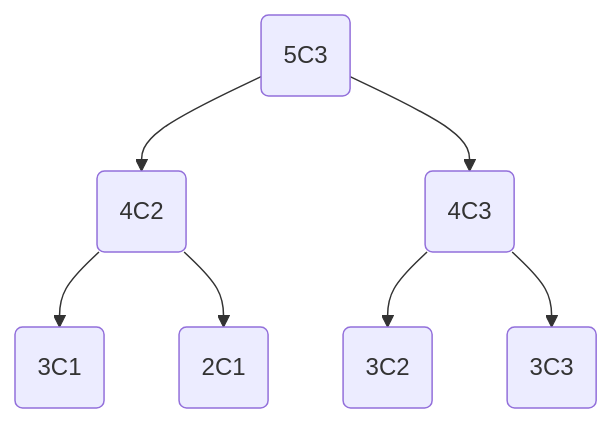
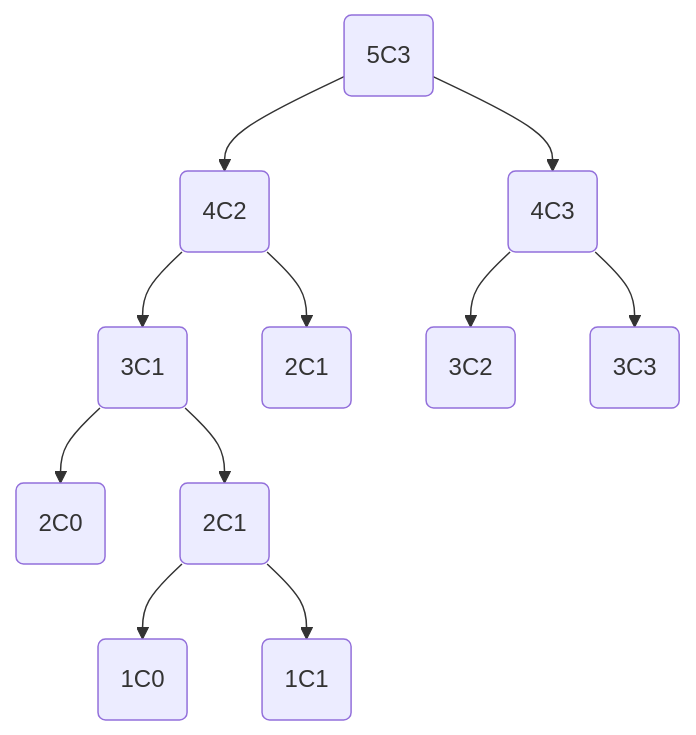
The second of 2 diagrams in README.md (notfirefox/dynamic-programming), drawn with Mermaid before and after one commit. The commit also changed other lines of this file, not shown here.

````diff
--- a/README.md
+++ b/README.md
@@ -103,10 +104,14 @@
 ```mermaid
 graph TD;
     5C3(5C3);
     5C3-->5C3_4C2(4C2);
     5C3-->5C3_4C3(4C3);
     5C3_4C2-->5C3_4C2_3C1(3C1);
     5C3_4C2-->5C3_4C2_2C1(2C1);
     5C3_4C3-->5C3_4C3_3C2(3C2);
     5C3_4C3-->5C3_4C3_3C3(3C3);
+    5C3_4C2_3C1-->5C3_4C2_3C1_2C0(2C0);
+    5C3_4C2_3C1-->5C3_4C2_3C1_2C1(2C1);
+    5C3_4C2_3C1_2C1-->5C3_4C2_3C1_2C1_1C0(1C0);
+    5C3_4C2_3C1_2C1-->5C3_4C2_3C1_2C1_1C1(1C1);
 ```
````
